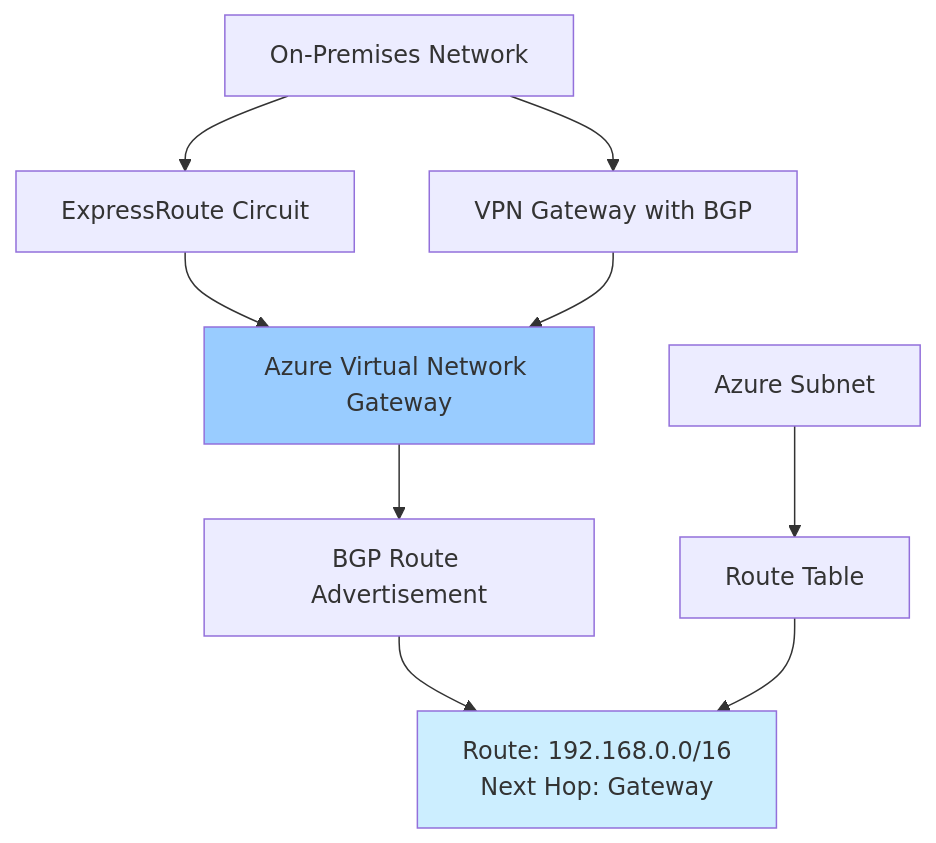
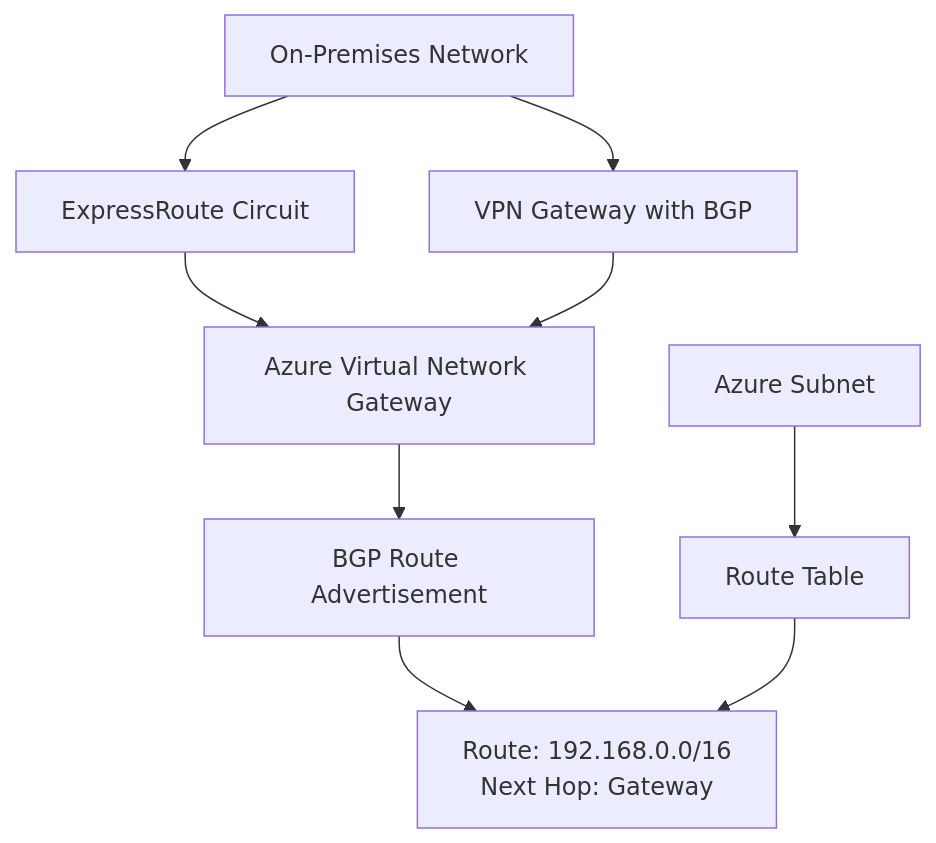
Before and after one commit to samirgonz/cloudarchitect-blog: the sixth of 13 diagrams in content/posts/azure-routing-rules-hybrid/index.md, drawn with Mermaid. The commit also changed other lines of this file, not shown here.

Commit message:
Fixing mermaid issue

````diff
--- a/content/posts/azure-routing-rules-hybrid/index.md
+++ b/content/posts/azure-routing-rules-hybrid/index.md
@@ -280,17 +282,14 @@
 ```mermaid
 graph TD
     A[On-Premises Network] --> B[ExpressRoute Circuit]
     A --> C[VPN Gateway with BGP]
     
     B --> D[Azure Virtual Network Gateway]
     C --> D
     
     D --> E[BGP Route Advertisement]
     E --> F[Route: 192.168.0.0/16<br/>Next Hop: Gateway]
     
     G[Azure Subnet] --> H[Route Table]
     H --> F
-    
-    style D fill:#99ccff
-    style F fill:#cceeff
 ```
````
